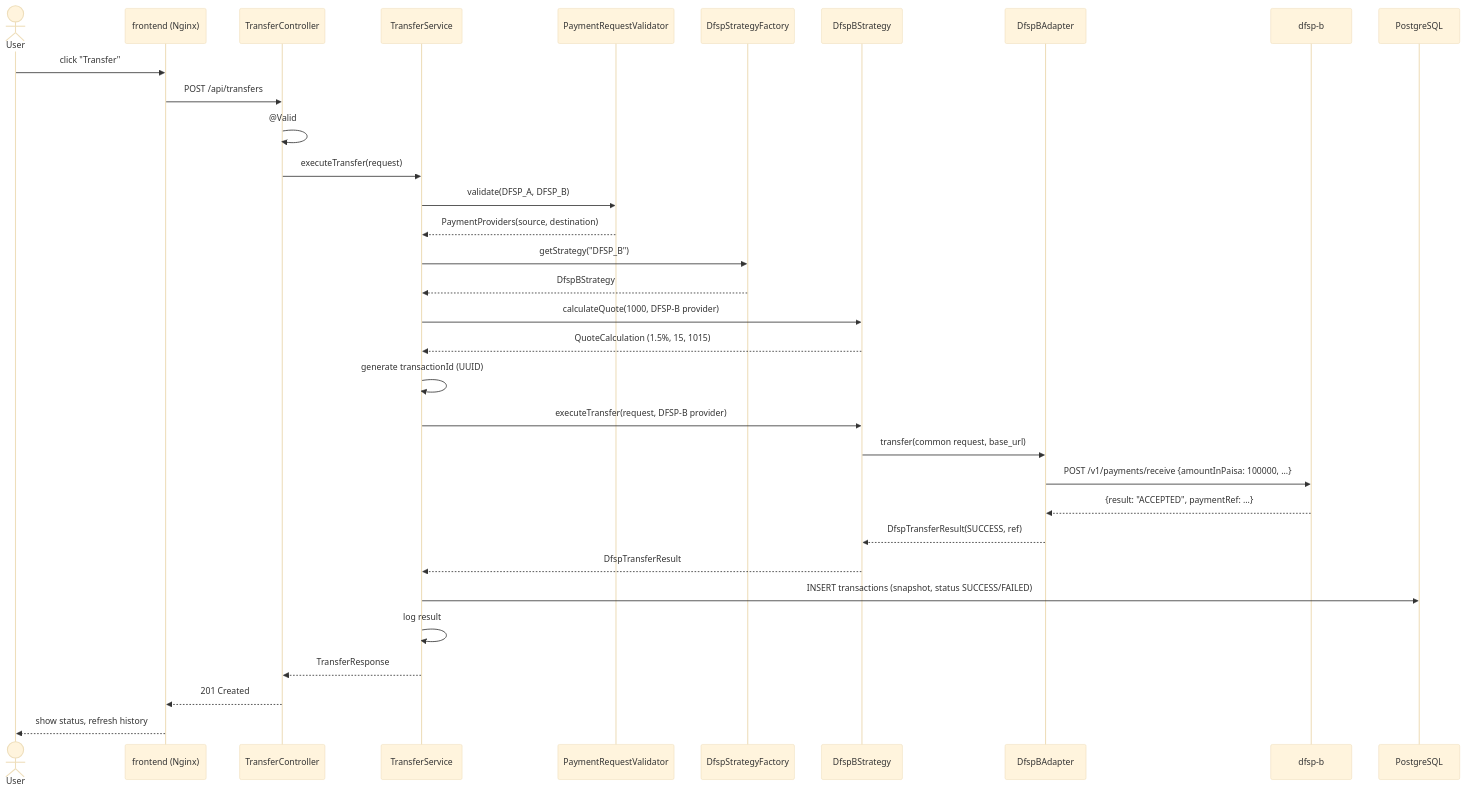
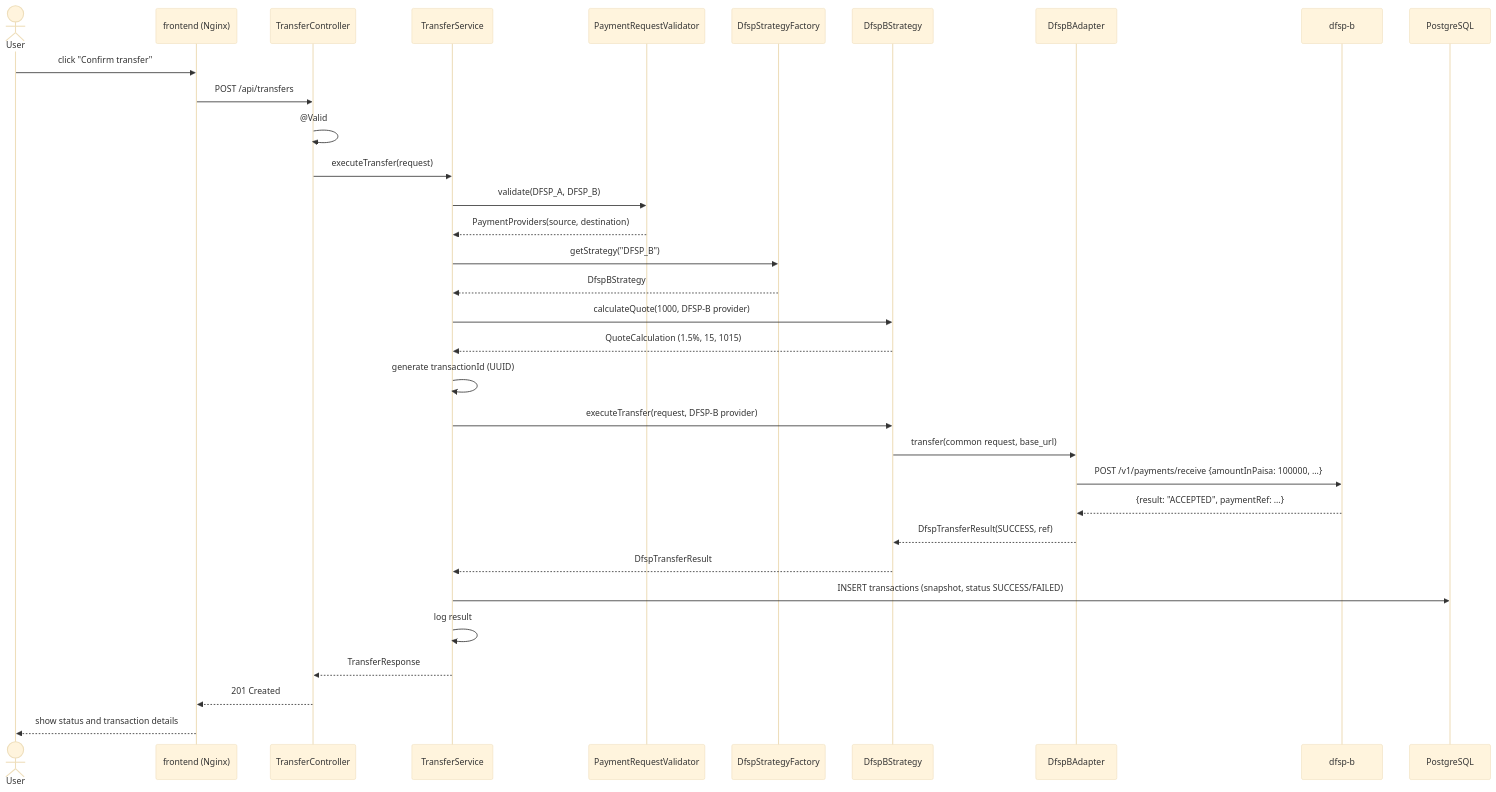
Before and after one commit to ProvaPaul/Mini-Payment-Router-Simulator: the fourth of 5 diagrams in docs/ARCHITECTURE.md, drawn with Mermaid (base theme). The commit also changed other lines of this file and 16 other files, not shown here.

````diff
--- a/docs/ARCHITECTURE.md
+++ b/docs/ARCHITECTURE.md
@@ -378,36 +382,36 @@
 ```mermaid
 sequenceDiagram
     actor U as User
     participant FE as frontend (Nginx)
     participant TC as TransferController
     participant TS as TransferService
     participant PV as PaymentRequestValidator
     participant SF as DfspStrategyFactory
     participant ST as DfspBStrategy
     participant AD as DfspBAdapter
     participant D as dfsp-b
     participant DB as PostgreSQL
 
-    U->>FE: click "Transfer"
+    U->>FE: click "Confirm transfer"
     FE->>TC: POST /api/transfers
     TC->>TC: @Valid
     TC->>TS: executeTransfer(request)
     TS->>PV: validate(DFSP_A, DFSP_B)
     PV-->>TS: PaymentProviders(source, destination)
     TS->>SF: getStrategy("DFSP_B")
     SF-->>TS: DfspBStrategy
     TS->>ST: calculateQuote(1000, DFSP-B provider)
     ST-->>TS: QuoteCalculation (1.5%, 15, 1015)
     TS->>TS: generate transactionId (UUID)
     TS->>ST: executeTransfer(request, DFSP-B provider)
     ST->>AD: transfer(common request, base_url)
     AD->>D: POST /v1/payments/receive {amountInPaisa: 100000, ...}
     D-->>AD: {result: "ACCEPTED", paymentRef: ...}
     AD-->>ST: DfspTransferResult(SUCCESS, ref)
     ST-->>TS: DfspTransferResult
     TS->>DB: INSERT transactions (snapshot, status SUCCESS/FAILED)
     TS->>TS: log result
     TS-->>TC: TransferResponse
     TC-->>FE: 201 Created
-    FE-->>U: show status, refresh history
+    FE-->>U: show status and transaction details
 ```
````
